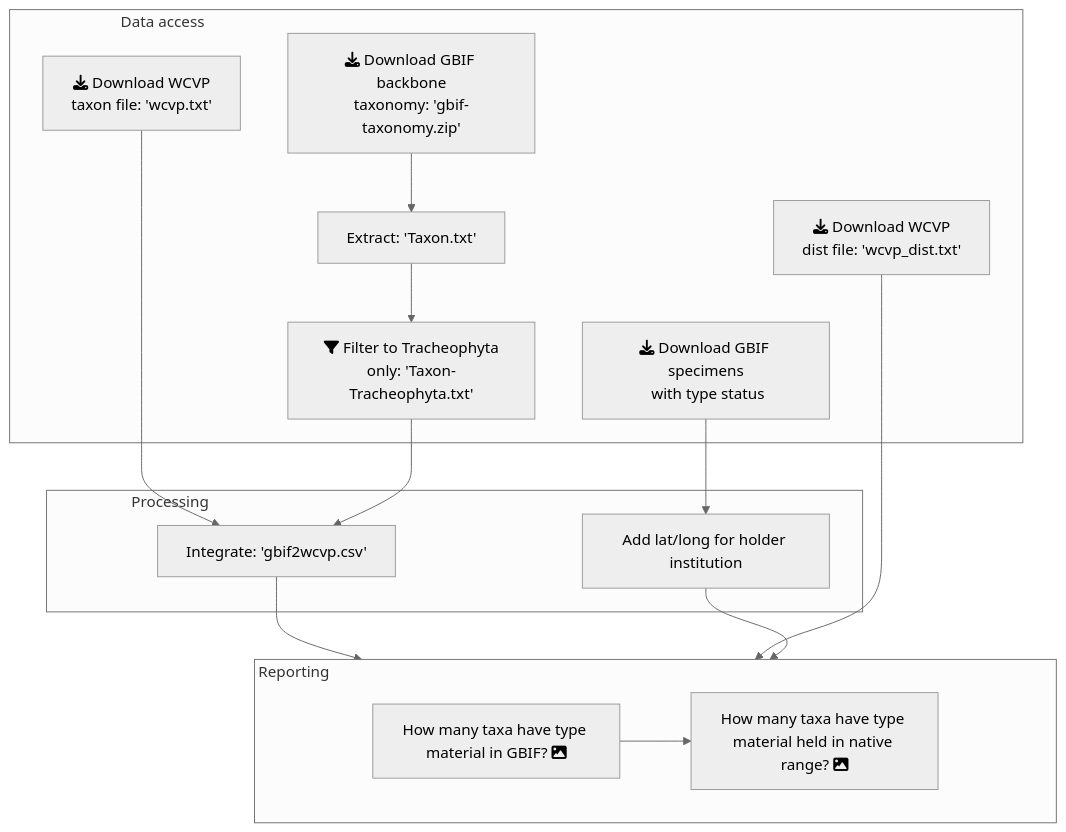
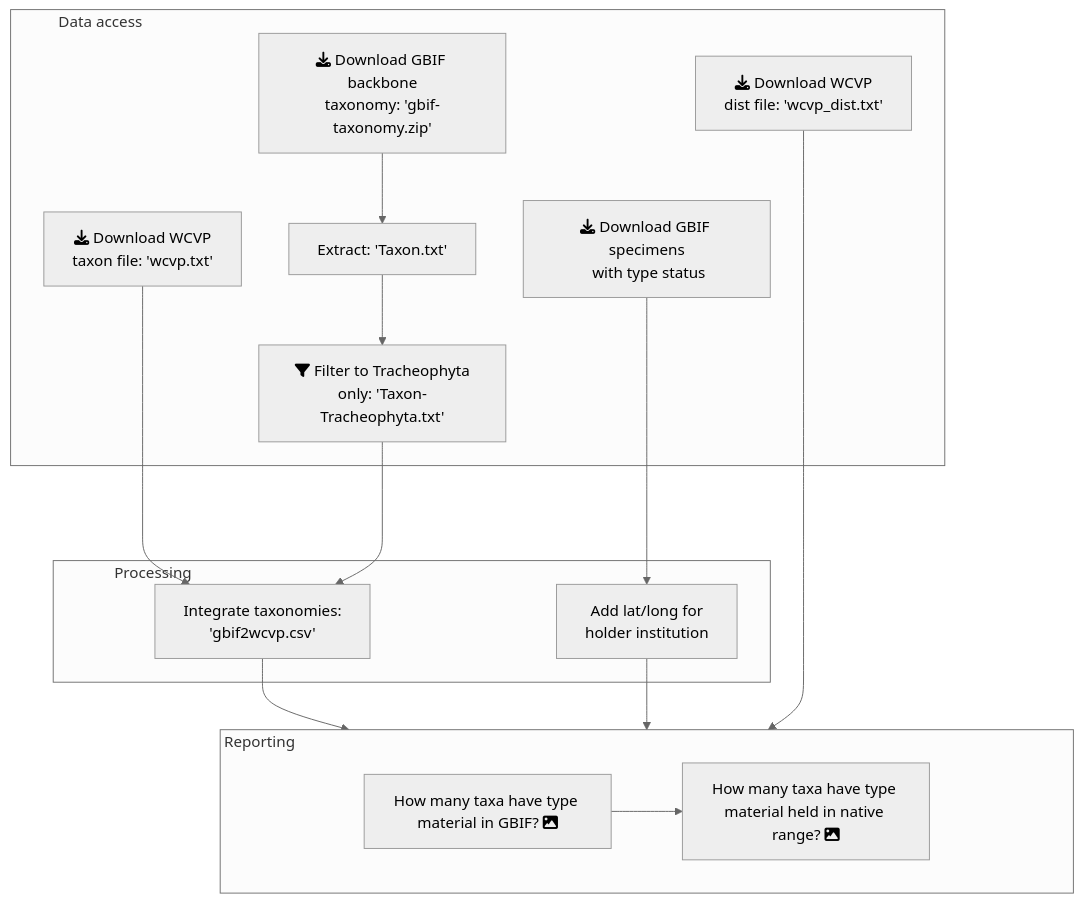
The diagram in README.md (OA-WCVP/wcvp-gbif-processing), drawn with Mermaid (neutral theme) before and after one commit.

````diff
--- a/README.md
+++ b/README.md
@@ -29,27 +29,27 @@
 ```mermaid
 graph TB
 
-    subgraph "Data access&nbsp;&nbsp;&nbsp;&nbsp;&nbsp;&nbsp;&nbsp;&nbsp;&nbsp;&nbsp;&nbsp;&nbsp;&nbsp;&nbsp;&nbsp;&nbsp;&nbsp;&nbsp;&nbsp;&nbsp;&nbsp;&nbsp;&nbsp;&nbsp;&nbsp;&nbsp;&nbsp;&nbsp;&nbsp;&nbsp;&nbsp;&nbsp;&nbsp;&nbsp;&nbsp;&nbsp;&nbsp;&nbsp;&nbsp;&nbsp;&nbsp;&nbsp;&nbsp;&nbsp;&nbsp;&nbsp;&nbsp;&nbsp;&nbsp;&nbsp;&nbsp;&nbsp;&nbsp;&nbsp;&nbsp;&nbsp;&nbsp;&nbsp;&nbsp;&nbsp;&nbsp;&nbsp;&nbsp;&nbsp;&nbsp;&nbsp;&nbsp;&nbsp;&nbsp;&nbsp;&nbsp;&nbsp;&nbsp;&nbsp;&nbsp;&nbsp;&nbsp;&nbsp;&nbsp;&nbsp;&nbsp;&nbsp;&nbsp;&nbsp;&nbsp;&nbsp;&nbsp;&nbsp;&nbsp;&nbsp;&nbsp;&nbsp;&nbsp;&nbsp;&nbsp;&nbsp;&nbsp;&nbsp;&nbsp;&nbsp;&nbsp;&nbsp;&nbsp;&nbsp;&nbsp;&nbsp;&nbsp;&nbsp;&nbsp;&nbsp;&nbsp;&nbsp;&nbsp;&nbsp;&nbsp;&nbsp;&nbsp;&nbsp;&nbsp;&nbsp;&nbsp;&nbsp;&nbsp;&nbsp;&nbsp;&nbsp;&nbsp;&nbsp;&nbsp;&nbsp;&nbsp;&nbsp;&nbsp;&nbsp;&nbsp;&nbsp;&nbsp;&nbsp;&nbsp;&nbsp;&nbsp;&nbsp;&nbsp;&nbsp;&nbsp;&nbsp;&nbsp;&nbsp;&nbsp;&nbsp;&nbsp;&nbsp;&nbsp;&nbsp;&nbsp;&nbsp;&nbsp;&nbsp;&nbsp;&nbsp;&nbsp;&nbsp;&nbsp;&nbsp;&nbsp;&nbsp;&nbsp;&nbsp;&nbsp;&nbsp;&nbsp;&nbsp;&nbsp;&nbsp;&nbsp;&nbsp;&nbsp;&nbsp;&nbsp;"
+    subgraph "Data access&nbsp;&nbsp;&nbsp;&nbsp;&nbsp;&nbsp;&nbsp;&nbsp;&nbsp;&nbsp;&nbsp;&nbsp;&nbsp;&nbsp;&nbsp;&nbsp;&nbsp;&nbsp;&nbsp;&nbsp;&nbsp;&nbsp;&nbsp;&nbsp;&nbsp;&nbsp;&nbsp;&nbsp;&nbsp;&nbsp;&nbsp;&nbsp;&nbsp;&nbsp;&nbsp;&nbsp;&nbsp;&nbsp;&nbsp;&nbsp;&nbsp;&nbsp;&nbsp;&nbsp;&nbsp;&nbsp;&nbsp;&nbsp;&nbsp;&nbsp;&nbsp;&nbsp;&nbsp;&nbsp;&nbsp;&nbsp;&nbsp;&nbsp;&nbsp;&nbsp;&nbsp;&nbsp;&nbsp;&nbsp;&nbsp;&nbsp;&nbsp;&nbsp;&nbsp;&nbsp;&nbsp;&nbsp;&nbsp;&nbsp;&nbsp;&nbsp;&nbsp;&nbsp;&nbsp;&nbsp;&nbsp;&nbsp;&nbsp;&nbsp;&nbsp;&nbsp;&nbsp;&nbsp;&nbsp;&nbsp;&nbsp;&nbsp;&nbsp;&nbsp;&nbsp;&nbsp;&nbsp;&nbsp;&nbsp;&nbsp;&nbsp;&nbsp;&nbsp;&nbsp;&nbsp;&nbsp;&nbsp;&nbsp;&nbsp;&nbsp;&nbsp;&nbsp;&nbsp;&nbsp;&nbsp;&nbsp;&nbsp;&nbsp;&nbsp;&nbsp;&nbsp;&nbsp;&nbsp;&nbsp;&nbsp;&nbsp;&nbsp;&nbsp;&nbsp;&nbsp;&nbsp;&nbsp;&nbsp;&nbsp;&nbsp;&nbsp;&nbsp;&nbsp;&nbsp;&nbsp;&nbsp;&nbsp;&nbsp;&nbsp;&nbsp;&nbsp;&nbsp;&nbsp;&nbsp;&nbsp;&nbsp;&nbsp;&nbsp;&nbsp;&nbsp;&nbsp;&nbsp;&nbsp;&nbsp;&nbsp;&nbsp;&nbsp;&nbsp;&nbsp;&nbsp;&nbsp;&nbsp;&nbsp;&nbsp;&nbsp;&nbsp;&nbsp;&nbsp;&nbsp;&nbsp;&nbsp;&nbsp;&nbsp;&nbsp;&nbsp;&nbsp;&nbsp;&nbsp;&nbsp;&nbsp;&nbsp;&nbsp;&nbsp;&nbsp;&nbsp;&nbsp;"
         wcvptax[fa:fa-download Download WCVP<br>taxon file: 'wcvp.txt']
         gbiftax[fa:fa-download Download GBIF backbone<br>taxonomy: 'gbif-taxonomy.zip']-->gbiftax_extract[Extract: 'Taxon.txt']
         gbiftax_extract-->gbiftax_filtered[fa:fa-filter Filter to Tracheophyta<br>only: 'Taxon-Tracheophyta.txt']
         gbifspec[fa:fa-download Download GBIF specimens<br> with type status]
         wcvpdist[fa:fa-download Download WCVP<br>dist file: 'wcvp_dist.txt']
     end
 
-    subgraph "Processing&nbsp;&nbsp;&nbsp;&nbsp;&nbsp;&nbsp;&nbsp;&nbsp;&nbsp;&nbsp;&nbsp;&nbsp;&nbsp;&nbsp;&nbsp;&nbsp;&nbsp;&nbsp;&nbsp;&nbsp;&nbsp;&nbsp;&nbsp;&nbsp;&nbsp;&nbsp;&nbsp;&nbsp;&nbsp;&nbsp;&nbsp;&nbsp;&nbsp;&nbsp;&nbsp;&nbsp;&nbsp;&nbsp;&nbsp;&nbsp;&nbsp;&nbsp;&nbsp;&nbsp;&nbsp;&nbsp;&nbsp;&nbsp;&nbsp;&nbsp;&nbsp;&nbsp;&nbsp;&nbsp;&nbsp;&nbsp;&nbsp;&nbsp;&nbsp;&nbsp;&nbsp;&nbsp;&nbsp;&nbsp;&nbsp;&nbsp;&nbsp;&nbsp;&nbsp;&nbsp;&nbsp;&nbsp;&nbsp;&nbsp;&nbsp;&nbsp;&nbsp;&nbsp;&nbsp;&nbsp;&nbsp;&nbsp;&nbsp;&nbsp;&nbsp;&nbsp;&nbsp;&nbsp;&nbsp;&nbsp;&nbsp;&nbsp;&nbsp;&nbsp;&nbsp;&nbsp;&nbsp;&nbsp;&nbsp;&nbsp;&nbsp;&nbsp;&nbsp;&nbsp;&nbsp;&nbsp;&nbsp;&nbsp;&nbsp;&nbsp;&nbsp;&nbsp;&nbsp;&nbsp;&nbsp;&nbsp;&nbsp;&nbsp;&nbsp;&nbsp;&nbsp;&nbsp;&nbsp;&nbsp;&nbsp;&nbsp;&nbsp;&nbsp;&nbsp;&nbsp;&nbsp;&nbsp;&nbsp;&nbsp;&nbsp;&nbsp;&nbsp;&nbsp;&nbsp;&nbsp;&nbsp;&nbsp;&nbsp;&nbsp;"
+    subgraph "Processing&nbsp;&nbsp;&nbsp;&nbsp;&nbsp;&nbsp;&nbsp;&nbsp;&nbsp;&nbsp;&nbsp;&nbsp;&nbsp;&nbsp;&nbsp;&nbsp;&nbsp;&nbsp;&nbsp;&nbsp;&nbsp;&nbsp;&nbsp;&nbsp;&nbsp;&nbsp;&nbsp;&nbsp;&nbsp;&nbsp;&nbsp;&nbsp;&nbsp;&nbsp;&nbsp;&nbsp;&nbsp;&nbsp;&nbsp;&nbsp;&nbsp;&nbsp;&nbsp;&nbsp;&nbsp;&nbsp;&nbsp;&nbsp;&nbsp;&nbsp;&nbsp;&nbsp;&nbsp;&nbsp;&nbsp;&nbsp;&nbsp;&nbsp;&nbsp;&nbsp;&nbsp;&nbsp;&nbsp;&nbsp;&nbsp;&nbsp;&nbsp;&nbsp;&nbsp;&nbsp;&nbsp;&nbsp;&nbsp;&nbsp;&nbsp;&nbsp;&nbsp;&nbsp;&nbsp;&nbsp;&nbsp;&nbsp;&nbsp;&nbsp;&nbsp;&nbsp;&nbsp;&nbsp;&nbsp;&nbsp;&nbsp;&nbsp;&nbsp;&nbsp;&nbsp;&nbsp;&nbsp;&nbsp;&nbsp;&nbsp;&nbsp;&nbsp;&nbsp;&nbsp;&nbsp;&nbsp;&nbsp;&nbsp;&nbsp;&nbsp;&nbsp;&nbsp;&nbsp;&nbsp;&nbsp;&nbsp;&nbsp;&nbsp;&nbsp;&nbsp;&nbsp;&nbsp;&nbsp;&nbsp;&nbsp;&nbsp;&nbsp;&nbsp;&nbsp;&nbsp;&nbsp;"
         wcvptax----> gbif2wcvp
-        gbiftax_filtered-->gbif2wcvp[Integrate: 'gbif2wcvp.csv']
-        gbifspec-->locategbifholders[Add lat/long for holder institution]
+        gbiftax_filtered-->gbif2wcvp[Integrate taxonomies:<br>'gbif2wcvp.csv']
+        gbifspec---->locategbifholders[Add lat/long for<br>holder institution]
     end
 
-    subgraph "Reporting&nbsp;&nbsp;&nbsp;&nbsp;&nbsp;&nbsp;&nbsp;&nbsp;&nbsp;&nbsp;&nbsp;&nbsp;&nbsp;&nbsp;&nbsp;&nbsp;&nbsp;&nbsp;&nbsp;&nbsp;&nbsp;&nbsp;&nbsp;&nbsp;&nbsp;&nbsp;&nbsp;&nbsp;&nbsp;&nbsp;&nbsp;&nbsp;&nbsp;&nbsp;&nbsp;&nbsp;&nbsp;&nbsp;&nbsp;&nbsp;&nbsp;&nbsp;&nbsp;&nbsp;&nbsp;&nbsp;&nbsp;&nbsp;&nbsp;&nbsp;&nbsp;&nbsp;&nbsp;&nbsp;&nbsp;&nbsp;&nbsp;&nbsp;&nbsp;&nbsp;&nbsp;&nbsp;&nbsp;&nbsp;&nbsp;&nbsp;&nbsp;&nbsp;&nbsp;&nbsp;&nbsp;&nbsp;&nbsp;&nbsp;&nbsp;&nbsp;&nbsp;&nbsp;&nbsp;&nbsp;&nbsp;&nbsp;&nbsp;&nbsp;&nbsp;&nbsp;&nbsp;&nbsp;&nbsp;&nbsp;&nbsp;&nbsp;&nbsp;&nbsp;&nbsp;&nbsp;&nbsp;&nbsp;&nbsp;&nbsp;&nbsp;&nbsp;&nbsp;&nbsp;&nbsp;&nbsp;&nbsp;&nbsp;&nbsp;&nbsp;&nbsp;&nbsp;&nbsp;&nbsp;&nbsp;&nbsp;&nbsp;&nbsp;&nbsp;&nbsp;&nbsp;&nbsp;&nbsp;&nbsp;&nbsp;&nbsp;&nbsp;&nbsp;&nbsp;&nbsp;&nbsp;&nbsp;&nbsp;&nbsp;&nbsp;&nbsp;&nbsp;&nbsp;&nbsp;&nbsp;&nbsp;&nbsp;&nbsp;&nbsp;&nbsp;&nbsp;&nbsp;&nbsp;&nbsp;&nbsp;&nbsp;&nbsp;&nbsp;&nbsp;&nbsp;&nbsp;&nbsp;&nbsp;&nbsp;&nbsp;&nbsp;&nbsp;&nbsp;&nbsp;&nbsp;&nbsp;&nbsp;&nbsp;&nbsp;&nbsp;&nbsp;&nbsp;&nbsp;&nbsp;&nbsp;&nbsp;&nbsp;&nbsp;&nbsp;&nbsp;&nbsp;&nbsp;&nbsp;"
+    subgraph "Reporting&nbsp;&nbsp;&nbsp;&nbsp;&nbsp;&nbsp;&nbsp;&nbsp;&nbsp;&nbsp;&nbsp;&nbsp;&nbsp;&nbsp;&nbsp;&nbsp;&nbsp;&nbsp;&nbsp;&nbsp;&nbsp;&nbsp;&nbsp;&nbsp;&nbsp;&nbsp;&nbsp;&nbsp;&nbsp;&nbsp;&nbsp;&nbsp;&nbsp;&nbsp;&nbsp;&nbsp;&nbsp;&nbsp;&nbsp;&nbsp;&nbsp;&nbsp;&nbsp;&nbsp;&nbsp;&nbsp;&nbsp;&nbsp;&nbsp;&nbsp;&nbsp;&nbsp;&nbsp;&nbsp;&nbsp;&nbsp;&nbsp;&nbsp;&nbsp;&nbsp;&nbsp;&nbsp;&nbsp;&nbsp;&nbsp;&nbsp;&nbsp;&nbsp;&nbsp;&nbsp;&nbsp;&nbsp;&nbsp;&nbsp;&nbsp;&nbsp;&nbsp;&nbsp;&nbsp;&nbsp;&nbsp;&nbsp;&nbsp;&nbsp;&nbsp;&nbsp;&nbsp;&nbsp;&nbsp;&nbsp;&nbsp;&nbsp;&nbsp;&nbsp;&nbsp;&nbsp;&nbsp;&nbsp;&nbsp;&nbsp;&nbsp;&nbsp;&nbsp;&nbsp;&nbsp;&nbsp;&nbsp;&nbsp;&nbsp;&nbsp;&nbsp;&nbsp;&nbsp;&nbsp;&nbsp;&nbsp;&nbsp;&nbsp;&nbsp;&nbsp;&nbsp;&nbsp;&nbsp;&nbsp;&nbsp;&nbsp;&nbsp;&nbsp;&nbsp;&nbsp;&nbsp;&nbsp;&nbsp;&nbsp;&nbsp;&nbsp;&nbsp;&nbsp;&nbsp;&nbsp;&nbsp;&nbsp;&nbsp;&nbsp;&nbsp;&nbsp;&nbsp;&nbsp;&nbsp;&nbsp;&nbsp;&nbsp;&nbsp;&nbsp;&nbsp;&nbsp;&nbsp;&nbsp;&nbsp;&nbsp;&nbsp;&nbsp;&nbsp;&nbsp;&nbsp;&nbsp;&nbsp;&nbsp;&nbsp;&nbsp;&nbsp;&nbsp;&nbsp;&nbsp;&nbsp;&nbsp;&nbsp;&nbsp;&nbsp;&nbsp;&nbsp;&nbsp;&nbsp;&nbsp;&nbsp;&nbsp;&nbsp;&nbsp;&nbsp;&nbsp;&nbsp;&nbsp;&nbsp;&nbsp;&nbsp;&nbsp;"
         direction LR
         taxa_with_types_in_gbif[How many taxa have type material in GBIF? fa:fa-image]
         gbif2wcvp-->taxa_with_types_in_gbif
-        wcvpdist---->taxa_with_types_in_natrange
+        wcvpdist------>taxa_with_types_in_natrange
         taxa_with_types_in_natrange[How many taxa have type material held in native range? fa:fa-image]
         taxa_with_types_in_gbif-->taxa_with_types_in_natrange
         locategbifholders-->taxa_with_types_in_gbif
     end
 ```
````
